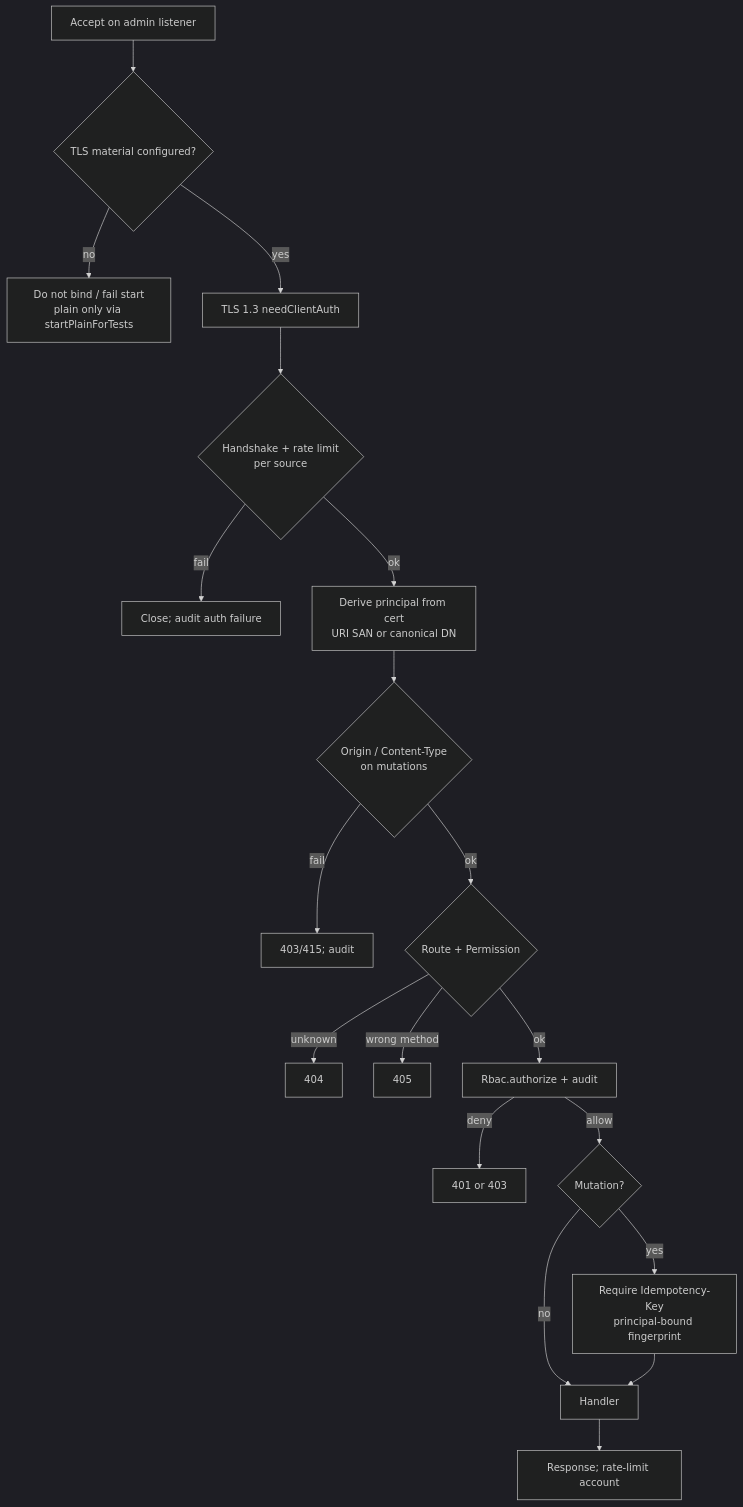
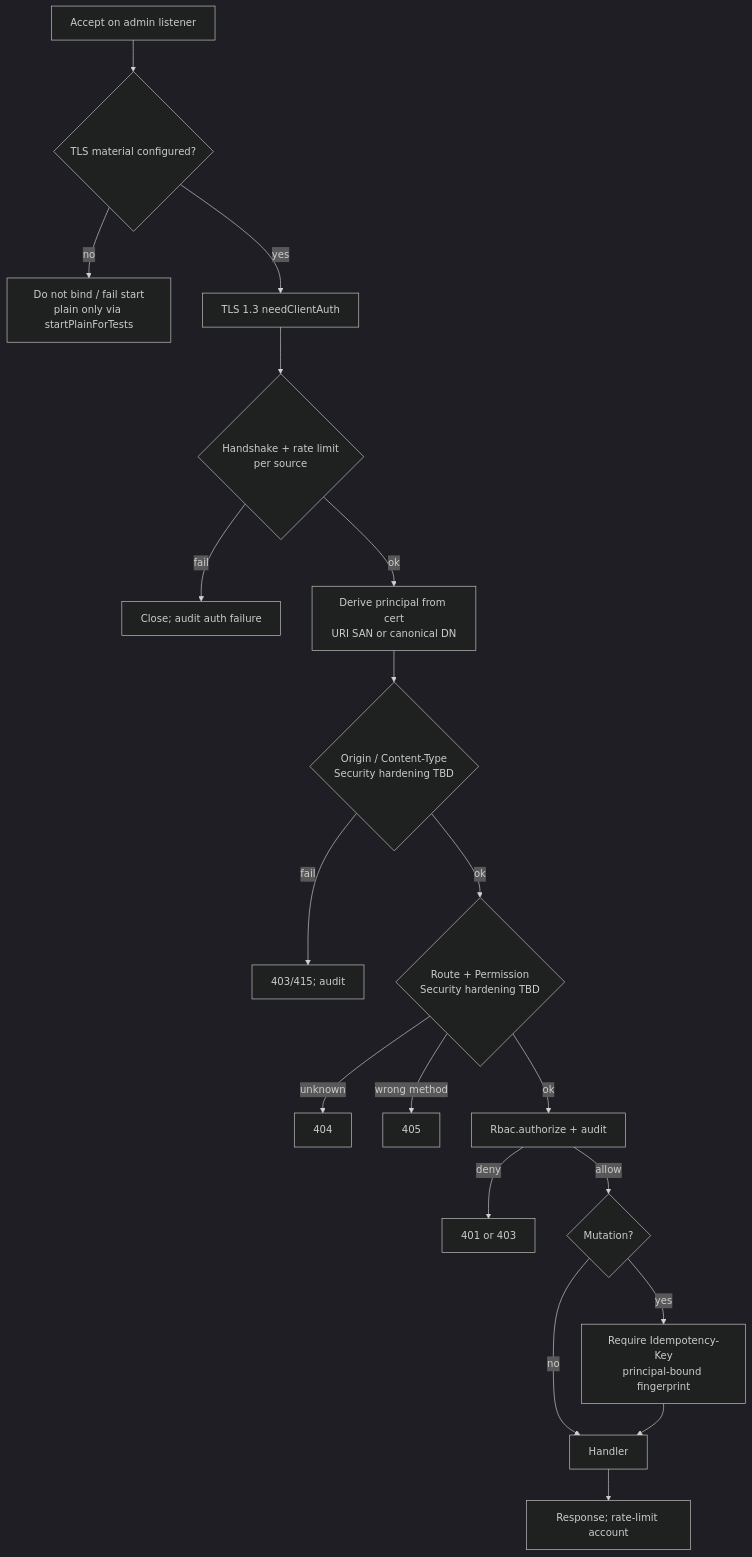
One commit to BlivionIaG/sjws_nettask changed the diagram in docs/design/admin-channel-auth.md. Above: the diagram before and after it, drawn with Mermaid (dark theme). The commit also changed other lines of this file, not shown here.

First line of the commit message:
docs(design): treat Security hardening as #388 prerequisites

````diff
--- a/docs/design/admin-channel-auth.md
+++ b/docs/design/admin-channel-auth.md
@@ -162,21 +177,21 @@
 ```mermaid
 flowchart TD
     a["Accept on admin listener"] --> b{"TLS material configured?"}
     b -->|no| x["Do not bind / fail start<br/>plain only via startPlainForTests"]
     b -->|yes| c["TLS 1.3 needClientAuth"]
     c --> d{"Handshake + rate limit<br/>per source"}
     d -->|fail| e["Close; audit auth failure"]
     d -->|ok| f["Derive principal from cert<br/>URI SAN or canonical DN"]
-    f --> g{"Origin / Content-Type<br/>on mutations"}
+    f --> g{"Origin / Content-Type<br/>Security hardening TBD"}
     g -->|fail| h["403/415; audit"]
-    g -->|ok| i{"Route + Permission"}
+    g -->|ok| i{"Route + Permission<br/>Security hardening TBD"}
     i -->|unknown| j["404"]
     i -->|wrong method| k["405"]
     i -->|ok| l["Rbac.authorize + audit"]
     l -->|deny| m["401 or 403"]
     l -->|allow| n{"Mutation?"}
     n -->|yes| o["Require Idempotency-Key<br/>principal-bound fingerprint"]
     n -->|no| p["Handler"]
     o --> p
     p --> q["Response; rate-limit account"]
 ```
````
